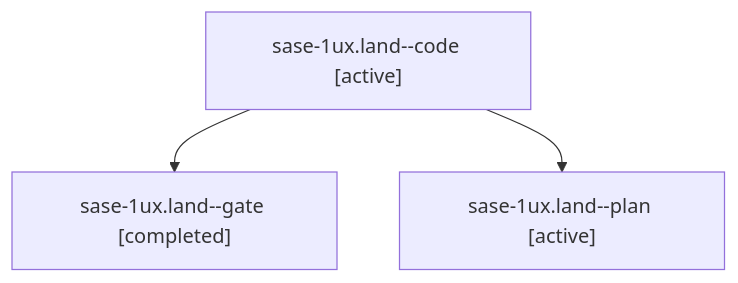
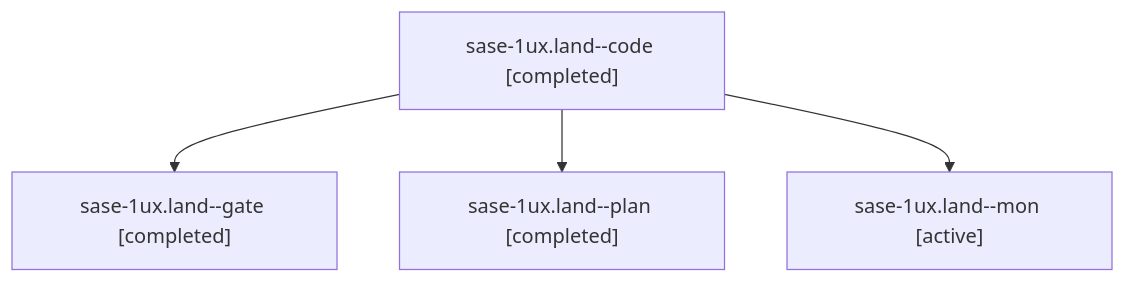
Before and after one commit to sase-org/sase--agents: the diagram in sessions/bbugyi200.athena.sase-1ux.land.md, drawn with Mermaid. The commit also changed other lines of this file and 22 other files, not shown here.

````diff
--- a/sessions/bbugyi200.athena.sase-1ux.land.md
+++ b/sessions/bbugyi200.athena.sase-1ux.land.md
@@ -9,8 +9,10 @@
 ```mermaid
 flowchart TD
-  n0["sase-1ux.land--code [active]"]
+  n0["sase-1ux.land--code [completed]"]
   n1["sase-1ux.land--gate [completed]"]
   n0 --> n1
-  n2["sase-1ux.land--plan [active]"]
+  n2["sase-1ux.land--plan [completed]"]
   n0 --> n2
+  n3["sase-1ux.land--mon [active]"]
+  n0 --> n3
 ```
````
